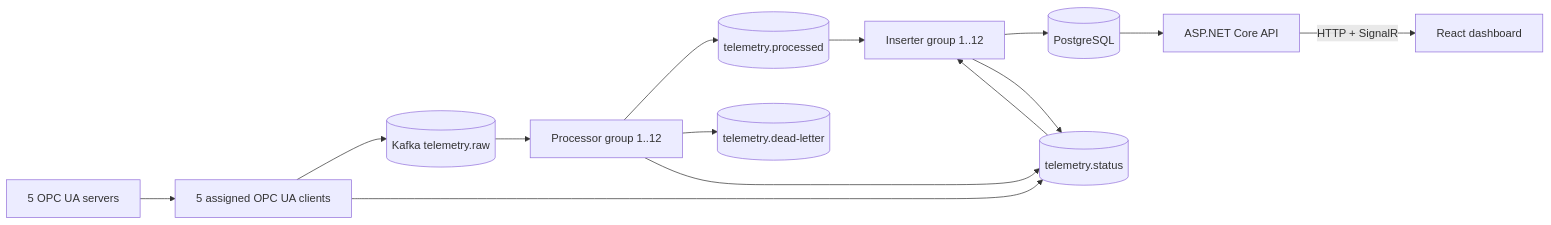
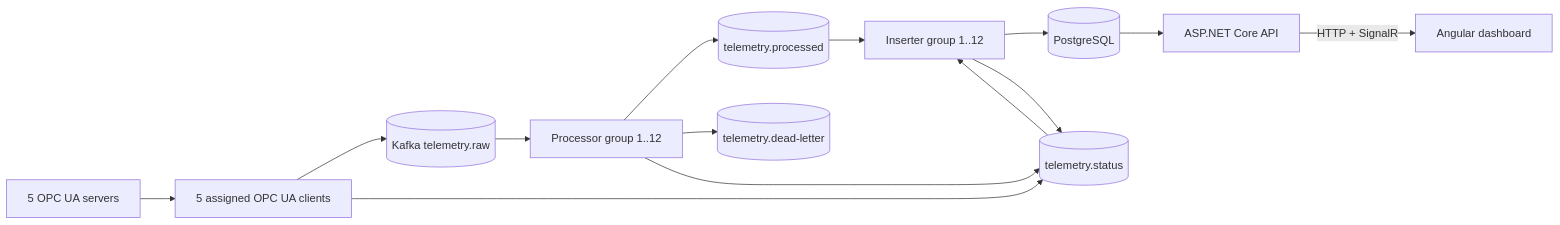
Before and after one commit to rezafaghani/industrial-energy-telemetry: the diagram in README.md, drawn with Mermaid. The commit also changed other lines of this file and 57 other files, not shown here.

Commit message:
feat: migrate dashboard to Angular Material

````diff
--- a/README.md
+++ b/README.md
@@ -9,14 +9,14 @@
 ```mermaid
 flowchart LR
   S[5 OPC UA servers] --> C[5 assigned OPC UA clients]
   C --> R[(Kafka telemetry.raw)]
   R --> P[Processor group 1..12]
   P --> X[(telemetry.processed)]
   P --> D[(telemetry.dead-letter)]
   X --> I[Inserter group 1..12]
   I --> DB[(PostgreSQL)]
   DB --> A[ASP.NET Core API]
-  A -->|HTTP + SignalR| U[React dashboard]
+  A -->|HTTP + SignalR| U[Angular dashboard]
   C & P & I --> H[(telemetry.status)]
   H --> I
 ```
````
